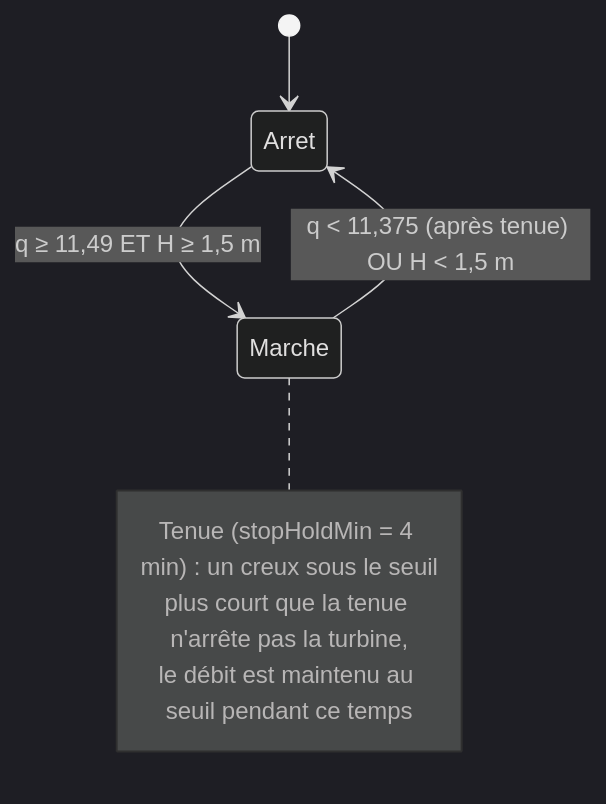
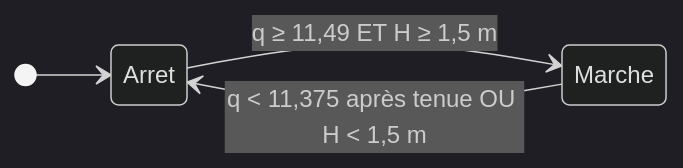
One commit to luniks/hydroflow changed the third of 3 diagrams in docs/modele-turbine.md. Above: the diagram before and after it, drawn with Mermaid (dark theme). The commit also changed other lines of this file and 12 other files, not shown here.

````diff
--- a/docs/modele-turbine.md
+++ b/docs/modele-turbine.md
@@ -122,11 +122,7 @@
 ```mermaid
 stateDiagram-v2
+    direction LR
     [*] --> Arret
     Arret --> Marche : q ≥ 11,49 ET H ≥ 1,5 m
-    Marche --> Arret : q < 11,375 (après tenue) OU H < 1,5 m
-    note right of Marche
-        Tenue (stopHoldMin = 4 min) : un creux sous le seuil
-        plus court que la tenue n'arrête pas la turbine,
-        le débit est maintenu au seuil pendant ce temps
-    end note
+    Marche --> Arret : q < 11,375 après tenue OU H < 1,5 m
 ```
````
